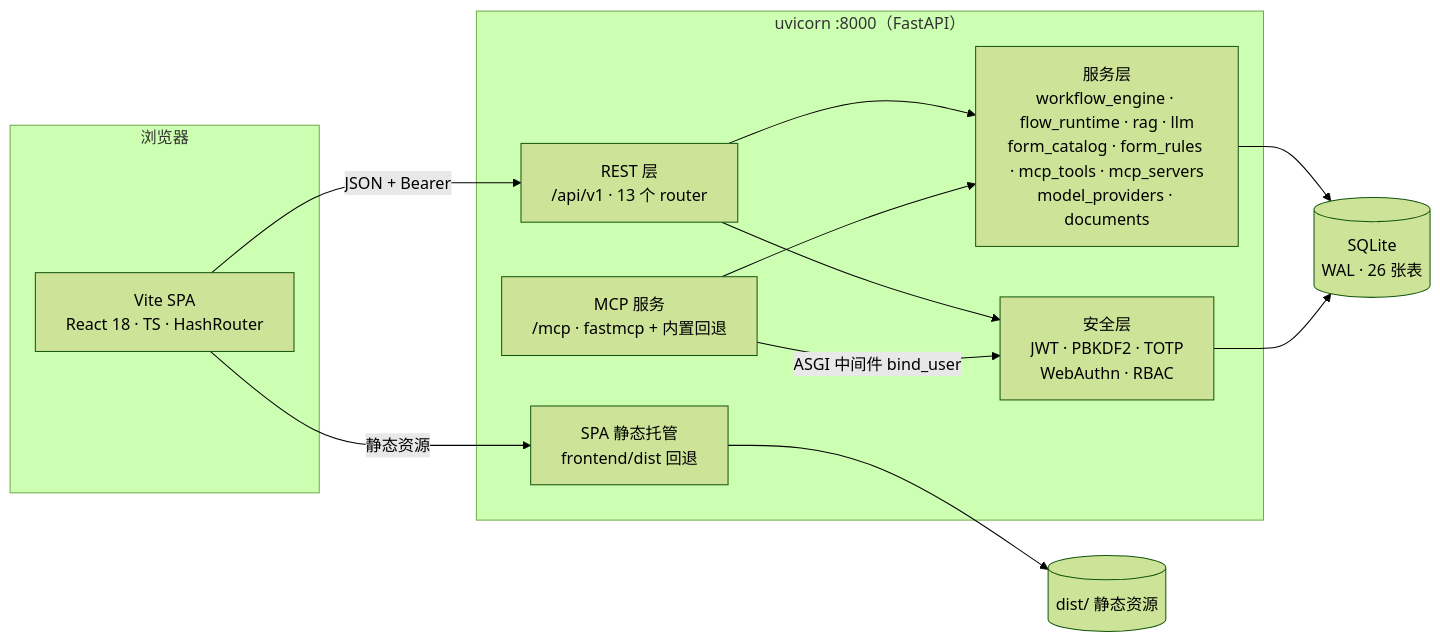
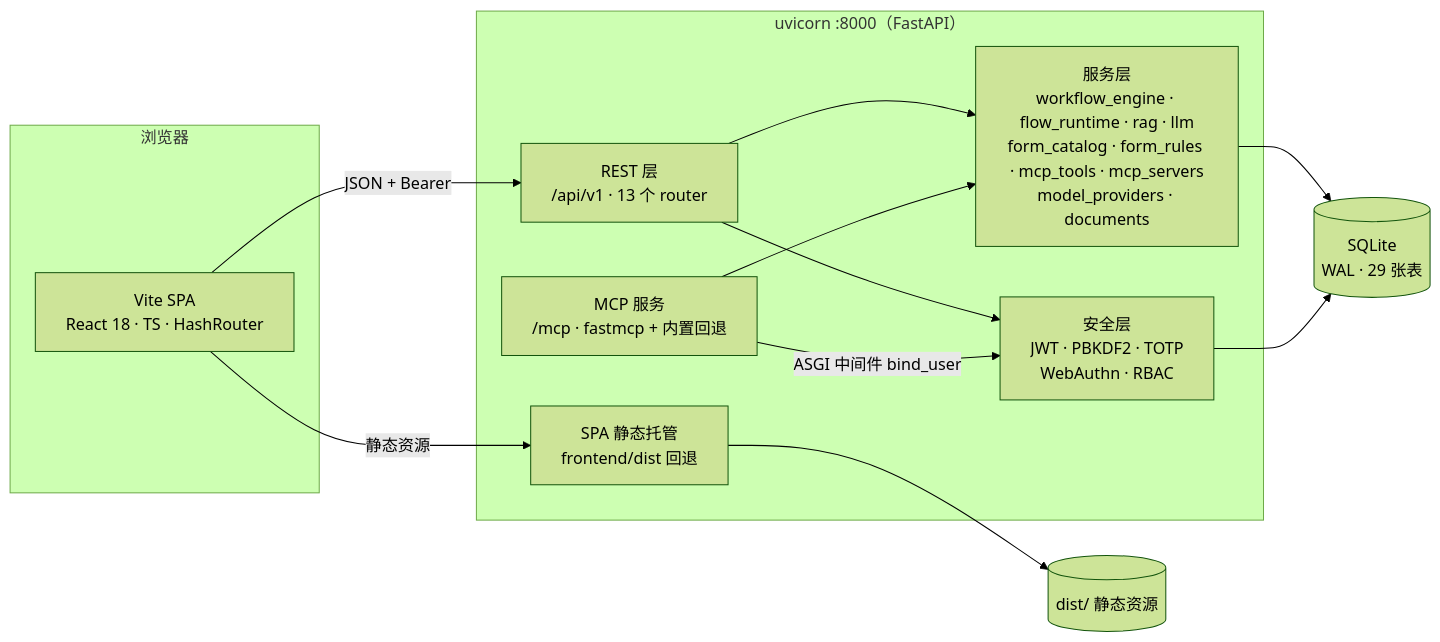
The second of 4 diagrams in docs/architecture.zh-CN.md (liudonghua123/ai-lowcode-platform), drawn with Mermaid (forest theme) before and after one commit. The commit also changed other lines of this file and 44 other files, not shown here.

````diff
--- a/docs/architecture.zh-CN.md
+++ b/docs/architecture.zh-CN.md
@@ -60,25 +60,25 @@
 ```mermaid
 flowchart LR
     subgraph Browser[浏览器]
         SPA[Vite SPA<br/>React 18 · TS · HashRouter]
     end
     subgraph Process["uvicorn :8000（FastAPI）"]
         API["REST 层<br/>/api/v1 · 13 个 router"]
         MCPS["MCP 服务<br/>/mcp · fastmcp + 内置回退"]
         SVC["服务层<br/>workflow_engine · flow_runtime · rag · llm<br/>form_catalog · form_rules · mcp_tools · mcp_servers<br/>model_providers · documents"]
         SEC["安全层<br/>JWT · PBKDF2 · TOTP<br/>WebAuthn · RBAC"]
         HOST["SPA 静态托管<br/>frontend/dist 回退"]
     end
-    DB[(SQLite<br/>WAL · 26 张表)]
+    DB[(SQLite<br/>WAL · 29 张表)]
     FS[("dist/ 静态资源")]
 
     SPA -->|JSON + Bearer| API
     SPA -->|静态资源| HOST
     API --> SEC
     API --> SVC
     MCPS -->|ASGI 中间件 bind_user| SEC
     MCPS --> SVC
     SVC --> DB
     SEC --> DB
     HOST --> FS
 ```
````
